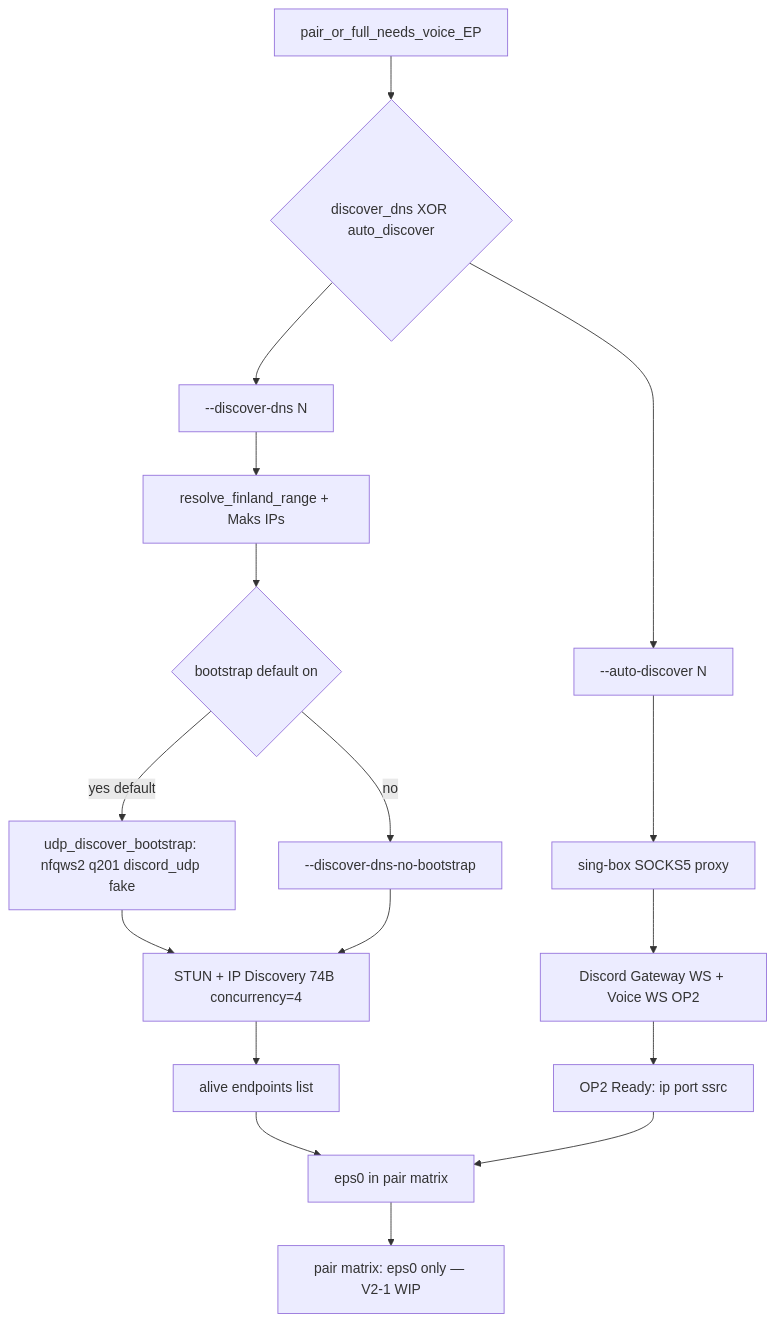
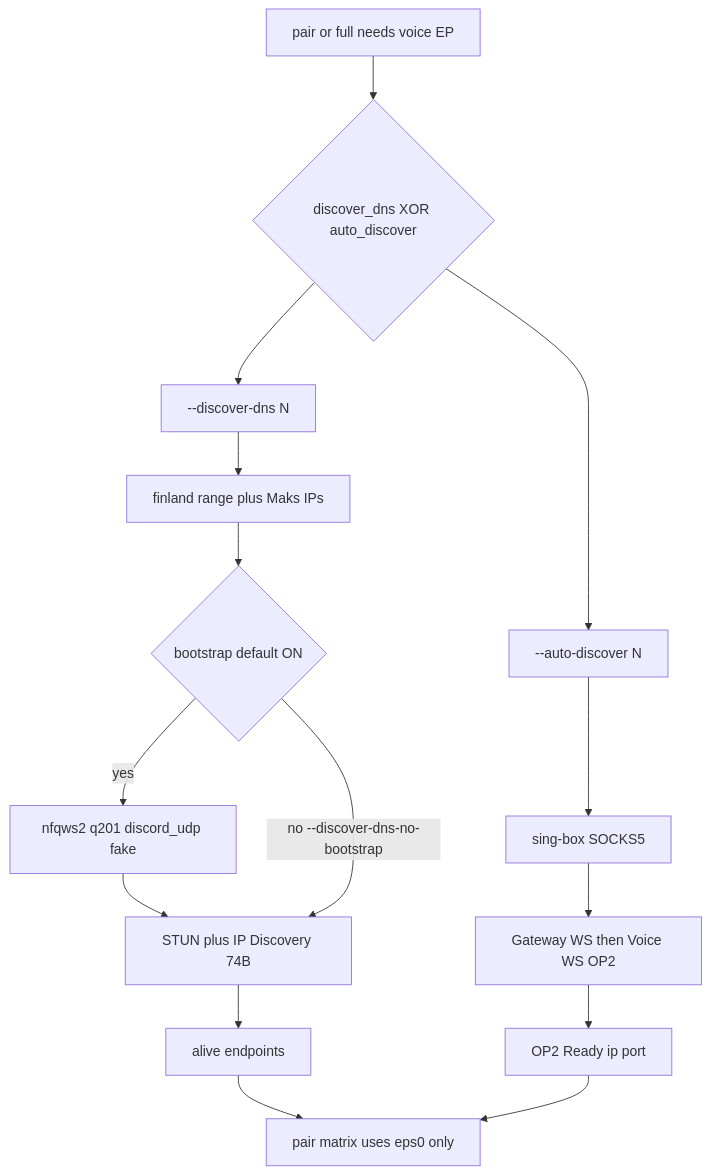
One commit to zhoel-sherk/blockcheckS changed the fifth of 7 diagrams in docs/architecture.md. Above: the diagram before and after it, drawn with Mermaid. The commit also changed other lines of this file and 79 other files, not shown here.

````diff
--- a/docs/architecture.md
+++ b/docs/architecture.md
@@ -115,27 +279,25 @@
 ```mermaid
 flowchart TD
-  start[pair_or_full_needs_voice_EP]
+  need[pair or full needs voice EP]
   mutex{discover_dns XOR auto_discover}
   dnsPath["--discover-dns N"]
   autoPath["--auto-discover N"]
-  dnsResolve[resolve_finland_range + Maks IPs]
-  bootDefault{bootstrap default on}
-  bootSkip["--discover-dns-no-bootstrap"]
-  bootNfq["udp_discover_bootstrap: nfqws2 q201 discord_udp fake"]
-  dualProbe[STUN + IP Discovery 74B concurrency=4]
-  aliveEP[alive endpoints list]
-  singbox[sing-box SOCKS5 proxy]
-  gwWS[Discord Gateway WS + Voice WS OP2]
-  opReady[OP2 Ready: ip port ssrc]
-  useEP[eps0 in pair matrix]
+  resolve[finland range plus Maks IPs]
+  boot{bootstrap default ON}
+  bootNfq["nfqws2 q201 discord_udp fake"]
+  dual[STUN plus IP Discovery 74B]
+  alive[alive endpoints]
+  proxy[sing-box SOCKS5]
+  gw[Gateway WS then Voice WS OP2]
+  ready[OP2 Ready ip port]
+  use["pair matrix uses eps0 only"]
 
-  start --> mutex
+  need --> mutex
   mutex --> dnsPath
   mutex --> autoPath
-  dnsPath --> dnsResolve --> bootDefault
-  bootDefault -->|yes default| bootNfq --> dualProbe
-  bootDefault -->|no| bootSkip --> dualProbe
-  dualProbe --> aliveEP --> useEP
-  autoPath --> singbox --> gwWS --> opReady --> useEP
-  useEP --> eps0["pair matrix: eps0 only — V2-1 WIP"]
+  dnsPath --> resolve --> boot
+  boot -->|yes| bootNfq --> dual
+  boot -->|no --discover-dns-no-bootstrap| dual
+  dual --> alive --> use
+  autoPath --> proxy --> gw --> ready --> use
 ```
````
